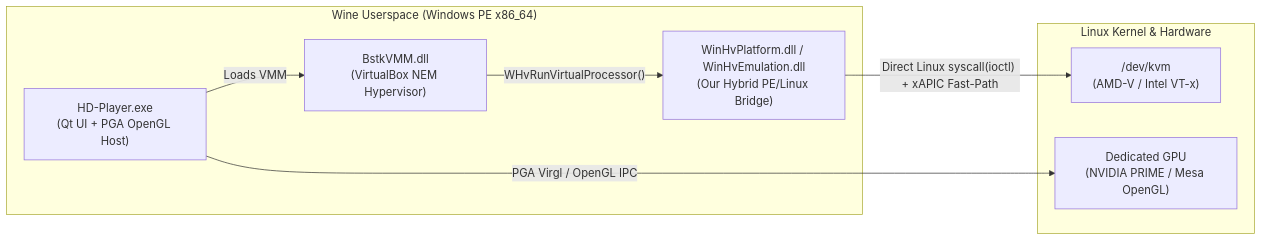
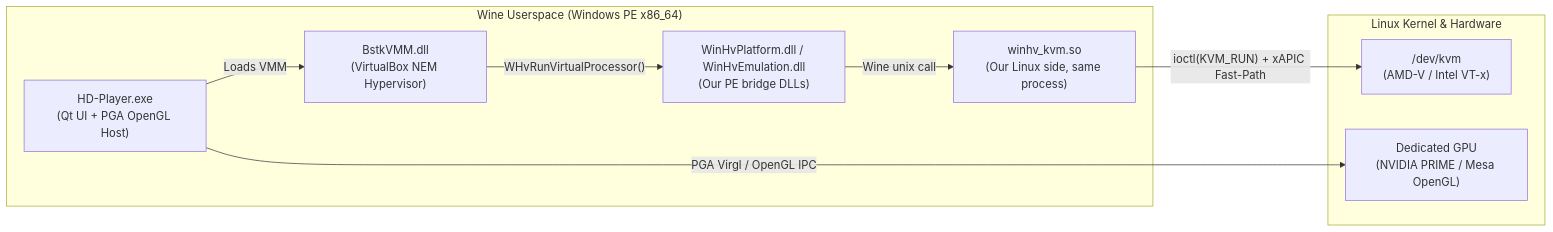
The diagram in README.md (roninscript30/bluestacks-linux-kvm), drawn with Mermaid before and after one commit. The commit also changed other lines of this file and 13 other files, not shown here.

````diff
--- a/README.md
+++ b/README.md
@@ -49,18 +49,20 @@
 ```mermaid
 flowchart LR
     subgraph Wine ["Wine Userspace (Windows PE x86_64)"]
         HDP["HD-Player.exe<br/>(Qt UI + PGA OpenGL Host)"]
         VMM["BstkVMM.dll<br/>(VirtualBox NEM Hypervisor)"]
-        WHV["WinHvPlatform.dll / WinHvEmulation.dll<br/>(Our Hybrid PE/Linux Bridge)"]
+        WHV["WinHvPlatform.dll / WinHvEmulation.dll<br/>(Our PE bridge DLLs)"]
+        KVMSO["winhv_kvm.so<br/>(Our Linux side, same process)"]
     end
 
     subgraph Linux ["Linux Kernel & Hardware"]
         KVM["/dev/kvm<br/>(AMD-V / Intel VT-x)"]
         GPU["Dedicated GPU<br/>(NVIDIA PRIME / Mesa OpenGL)"]
     end
 
     HDP -->|"PGA Virgl / OpenGL IPC"| GPU
     HDP -->|"Loads VMM"| VMM
     VMM -->|"WHvRunVirtualProcessor()"| WHV
-    WHV -->|"Direct Linux syscall(ioctl) + xAPIC Fast-Path"| KVM
+    WHV -->|"Wine unix call"| KVMSO
+    KVMSO -->|"ioctl(KVM_RUN) + xAPIC Fast-Path"| KVM
 ```
````
